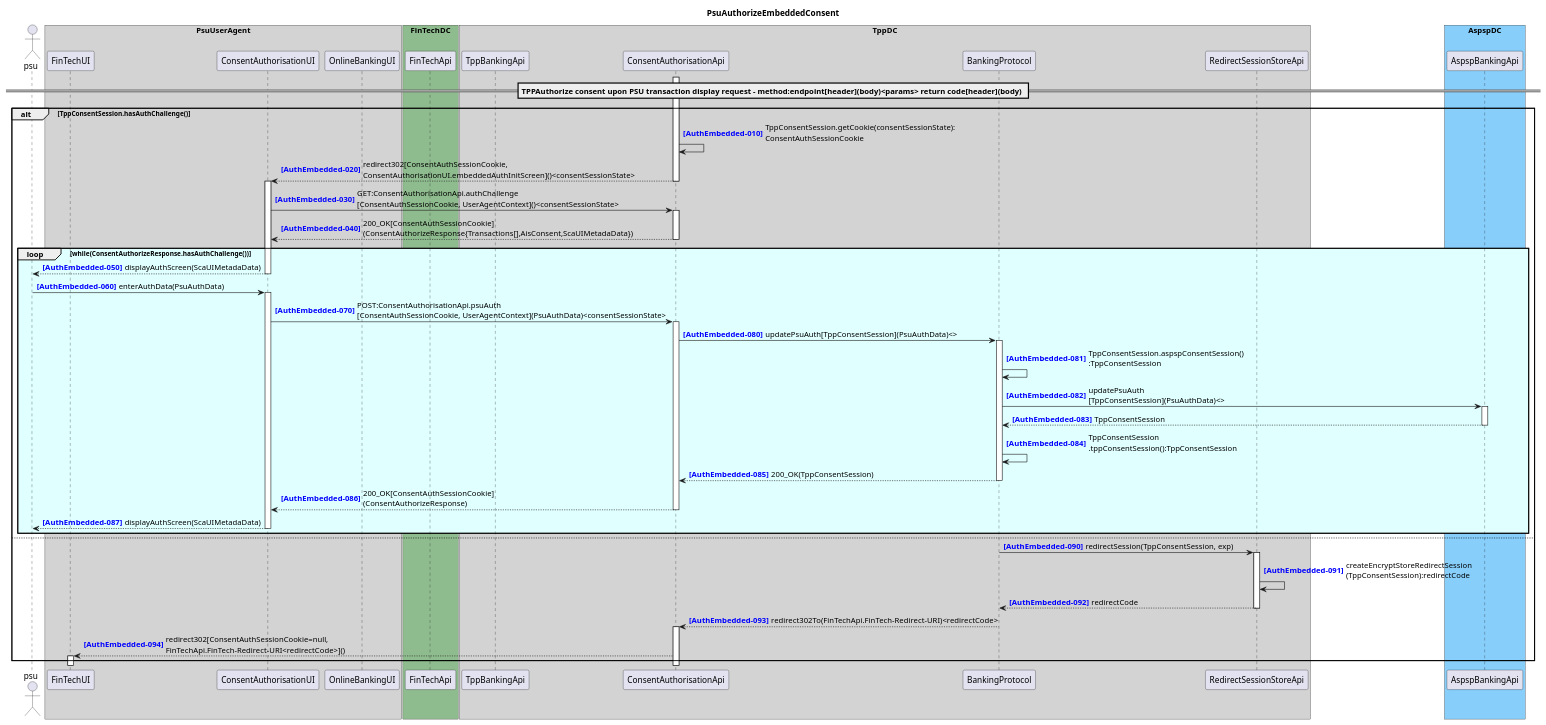
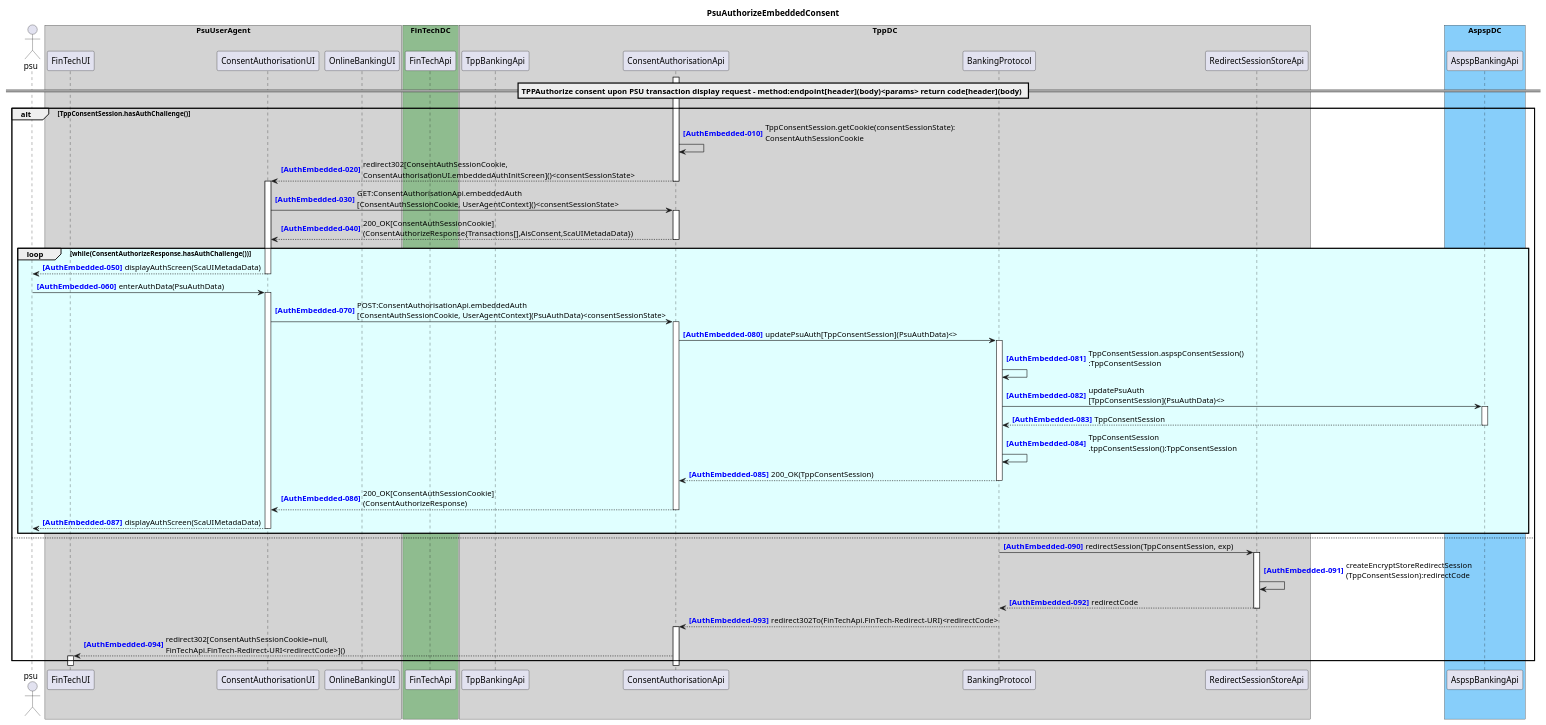
One commit to adorsys/open-banking-gateway changed the diagram in docs/architecture/diagrams/useCases/5a-psuAuthEmbeddedConsent.puml. Above: the diagram before and after it, drawn with PlantUML. The commit also changed 8 other files, not shown here.

Commit message:
SYnchronized api definition and sequence diagram for ConsentAuthoriazationApi

```diff
--- a/docs/architecture/diagrams/useCases/5a-psuAuthEmbeddedConsent.puml
+++ b/docs/architecture/diagrams/useCases/5a-psuAuthEmbeddedConsent.puml
@@ -1,59 +1,59 @@
 @startuml PsuAuthorizeEmbeddedConsent
 title PsuAuthorizeEmbeddedConsent
 autonumber 10 10 "<b><color blue>[AuthEmbedded-000]</color></b>"
 actor psu
 
 box "PsuUserAgent" #LightGray
     participant "FinTechUI" as FinTechUI
     participant "ConsentAuthorisationUI" as ConsentAuthorisationUI
     participant "OnlineBankingUI" as OnlineBankingUI
 end box
 box "FinTechDC" #DarkSeaGreen
     participant "FinTechApi" as FinTechApi
 end box
 box "TppDC" #LightGray
     participant "TppBankingApi" as TppBankingApi
     'participant "TppBankSearchApi" as TppBankSearchApi
     participant "ConsentAuthorisationApi" as ConsentAuthorisationApi
 
     participant "BankingProtocol" as BankingProtocol
     participant "RedirectSessionStoreApi" as RedirectSessionStoreApi
 end box
 box "AspspDC" #LightSkyBlue
 	participant "AspspBankingApi" as AspspBankingApi
     'participant "OnlineBankingApi" as OnlineBankingApi
 end box
 == TPPAuthorize consent upon PSU transaction display request - method:endpoint[header](body)<params> return code[header](body) ==
 activate ConsentAuthorisationApi
 alt TppConsentSession.hasAuthChallenge()
 ConsentAuthorisationApi -> ConsentAuthorisationApi : TppConsentSession.getCookie(consentSessionState):\nConsentAuthSessionCookie
 ConsentAuthorisationApi --> ConsentAuthorisationUI : redirect302[ConsentAuthSessionCookie,\nConsentAuthorisationUI.embeddedAuthInitScreen]()<consentSessionState>
 deactivate ConsentAuthorisationApi
 activate ConsentAuthorisationUI
-ConsentAuthorisationUI -> ConsentAuthorisationApi ++ : GET:ConsentAuthorisationApi.authChallenge\n[ConsentAuthSessionCookie, UserAgentContext]()<consentSessionState>
+ConsentAuthorisationUI -> ConsentAuthorisationApi ++ : GET:ConsentAuthorisationApi.embeddedAuth\n[ConsentAuthSessionCookie, UserAgentContext]()<consentSessionState>
 return 200_OK[ConsentAuthSessionCookie]\n(ConsentAuthorizeResponse{Transactions[],AisConsent,ScaUIMetadaData})
 loop #LightCyan while(ConsentAuthorizeResponse.hasAuthChallenge())
     ConsentAuthorisationUI --> psu : displayAuthScreen(ScaUIMetadaData)
     deactivate ConsentAuthorisationUI
     psu -> ConsentAuthorisationUI ++ : enterAuthData(PsuAuthData)
-    ConsentAuthorisationUI -> ConsentAuthorisationApi ++ : POST:ConsentAuthorisationApi.psuAuth\n[ConsentAuthSessionCookie, UserAgentContext](PsuAuthData)<consentSessionState>
+    ConsentAuthorisationUI -> ConsentAuthorisationApi ++ : POST:ConsentAuthorisationApi.embeddedAuth\n[ConsentAuthSessionCookie, UserAgentContext](PsuAuthData)<consentSessionState>
     autonumber 80 1 "<b><color blue>[AuthEmbedded-000]</color></b>"
     ConsentAuthorisationApi -> BankingProtocol ++ : updatePsuAuth[TppConsentSession](PsuAuthData)<>
     BankingProtocol -> BankingProtocol : TppConsentSession.aspspConsentSession()\n:TppConsentSession
     BankingProtocol -> AspspBankingApi ++ : updatePsuAuth\n[TppConsentSession](PsuAuthData)<>
     return TppConsentSession
     BankingProtocol -> BankingProtocol : TppConsentSession\n.tppConsentSession():TppConsentSession
     return 200_OK(TppConsentSession)
     return 200_OK[ConsentAuthSessionCookie]\n(ConsentAuthorizeResponse)
     return displayAuthScreen(ScaUIMetadaData)
 end
 else
 autonumber 90 1 "<b><color blue>[AuthEmbedded-000]</color></b>"
 activate BankingProtocol
 BankingProtocol -> RedirectSessionStoreApi ++ : redirectSession(TppConsentSession, exp)
 RedirectSessionStoreApi -> RedirectSessionStoreApi : createEncryptStoreRedirectSession\n(TppConsentSession):redirectCode
 return redirectCode
 BankingProtocol --> ConsentAuthorisationApi ++ : redirect302To(FinTechApi.FinTech-Redirect-URI)<redirectCode>
 ConsentAuthorisationApi --> FinTechUI ++ : redirect302[ConsentAuthSessionCookie=null,\nFinTechApi.FinTech-Redirect-URI<redirectCode>]()
 end
 @enduml
```
